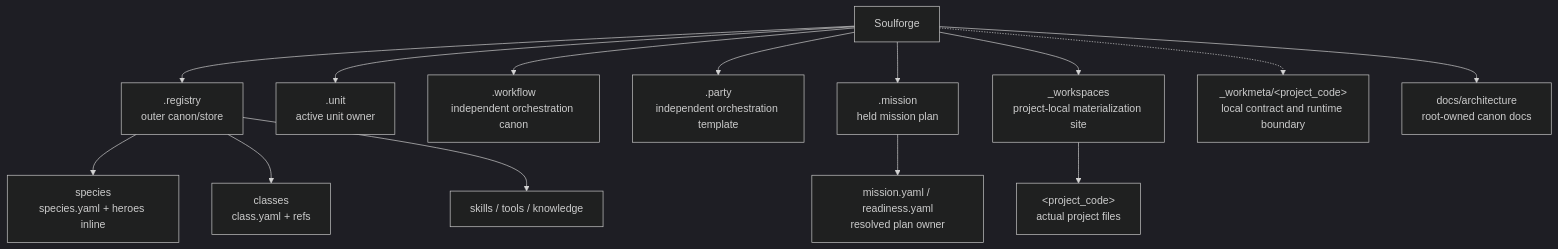
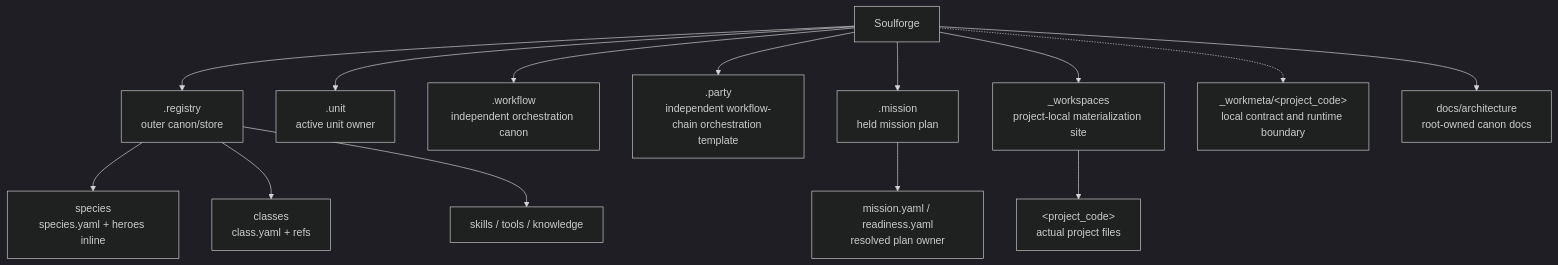
Before and after one commit to SungYongMOON/soulforge: the diagram in docs/architecture/foundation/REPOSITORY_PURPOSE.md, drawn with Mermaid (dark theme). The commit also changed other lines of this file and 91 other files, not shown here.

Commit message:
feat: 지식 위키 composite 등록 및 party orchestration 정리

````diff
--- a/docs/architecture/foundation/REPOSITORY_PURPOSE.md
+++ b/docs/architecture/foundation/REPOSITORY_PURPOSE.md
@@ -19,16 +19,16 @@
 ```mermaid
 flowchart TD
   S["Soulforge"] --> R[".registry<br/>outer canon/store"]
   R --> RS["species<br/>species.yaml + heroes inline"]
   R --> RC["classes<br/>class.yaml + refs"]
   R --> RR["skills / tools / knowledge"]
   S --> U[".unit<br/>active unit owner"]
   S --> W[".workflow<br/>independent orchestration canon"]
-  S --> PT[".party<br/>independent orchestration template"]
+  S --> PT[".party<br/>independent workflow-chain orchestration template"]
   S --> MI[".mission<br/>held mission plan"]
   S --> M["_workspaces<br/>project-local materialization site"]
   MI --> MP["mission.yaml / readiness.yaml<br/>resolved plan owner"]
   M --> PR["&lt;project_code&gt;<br/>actual project files"]
   S -.-> WM["_workmeta/&lt;project_code&gt;<br/>local contract and runtime boundary"]
   S --> D["docs/architecture<br/>root-owned canon docs"]
 ```
````
